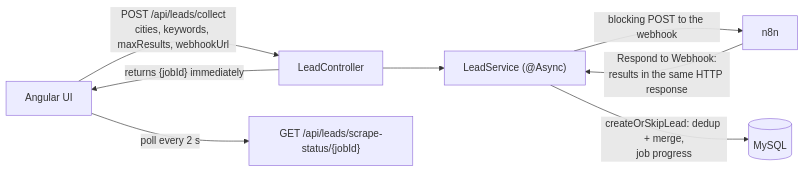
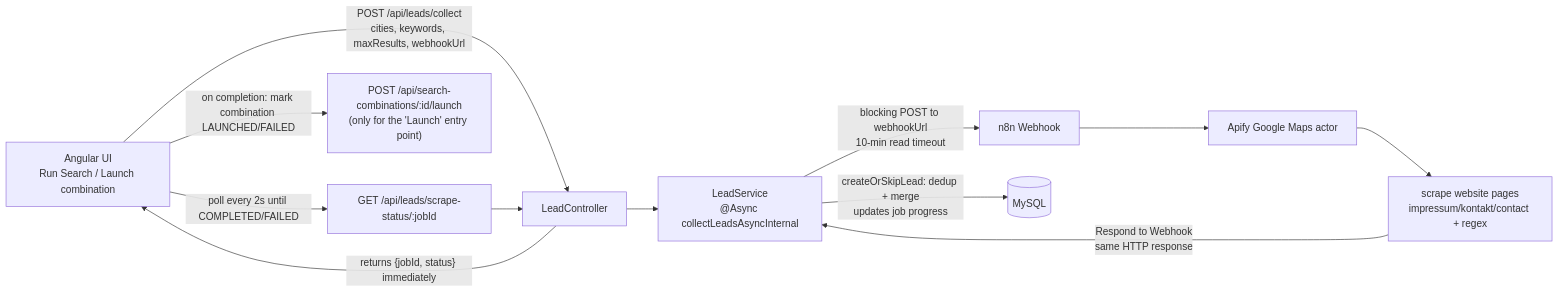
Before and after one commit to Majdabbassi/ReachFlow: the first of 2 diagrams in README.md, drawn with Mermaid. The commit also changed other lines of this file, not shown here.

First line of the commit message:
README: restore the original text, keep only the additions and fixes

````diff
--- a/README.md
+++ b/README.md
@@ -69,10 +76,14 @@
 ```mermaid
 flowchart LR
-    U["Angular UI"] -->|"POST /api/leads/collect<br/>cities, keywords, maxResults, webhookUrl"| LC[LeadController]
-    LC -->|"returns {jobId} immediately"| U
-    LC --> LS["LeadService (@Async)"]
-    LS -->|"blocking POST to the webhook"| N8N[n8n]
-    N8N -->|"Respond to Webhook:<br/>results in the same HTTP response"| LS
-    LS -->|"createOrSkipLead: dedup + merge,<br/>job progress"| DB[(MySQL)]
-    U -->|"poll every 2 s"| SP["GET /api/leads/scrape-status/{jobId}"]
+    U["Angular UI\nRun Search / Launch combination"] -->|"POST /api/leads/collect\ncities, keywords, maxResults, webhookUrl"| LC[LeadController]
+    LC -->|"returns {jobId, status} immediately"| U
+    LC --> LS["LeadService\n@Async collectLeadsAsyncInternal"]
+    LS -->|"blocking POST to webhookUrl\n10-min read timeout"| N8N[n8n Webhook]
+    N8N --> AP[Apify Google Maps actor]
+    AP --> SC["scrape website pages\nimpressum/kontakt/contact + regex"]
+    SC -->|"Respond to Webhook\nsame HTTP response"| LS
+    LS -->|"createOrSkipLead: dedup + merge\nupdates job progress"| DB[(MySQL)]
+    U -->|"poll every 2s until COMPLETED/FAILED"| SP["GET /api/leads/scrape-status/:jobId"]
+    SP --> LC
+    U -->|"on completion: mark combination LAUNCHED/FAILED"| SCC["POST /api/search-combinations/:id/launch\n(only for the 'Launch' entry point)"]
 ```
````
